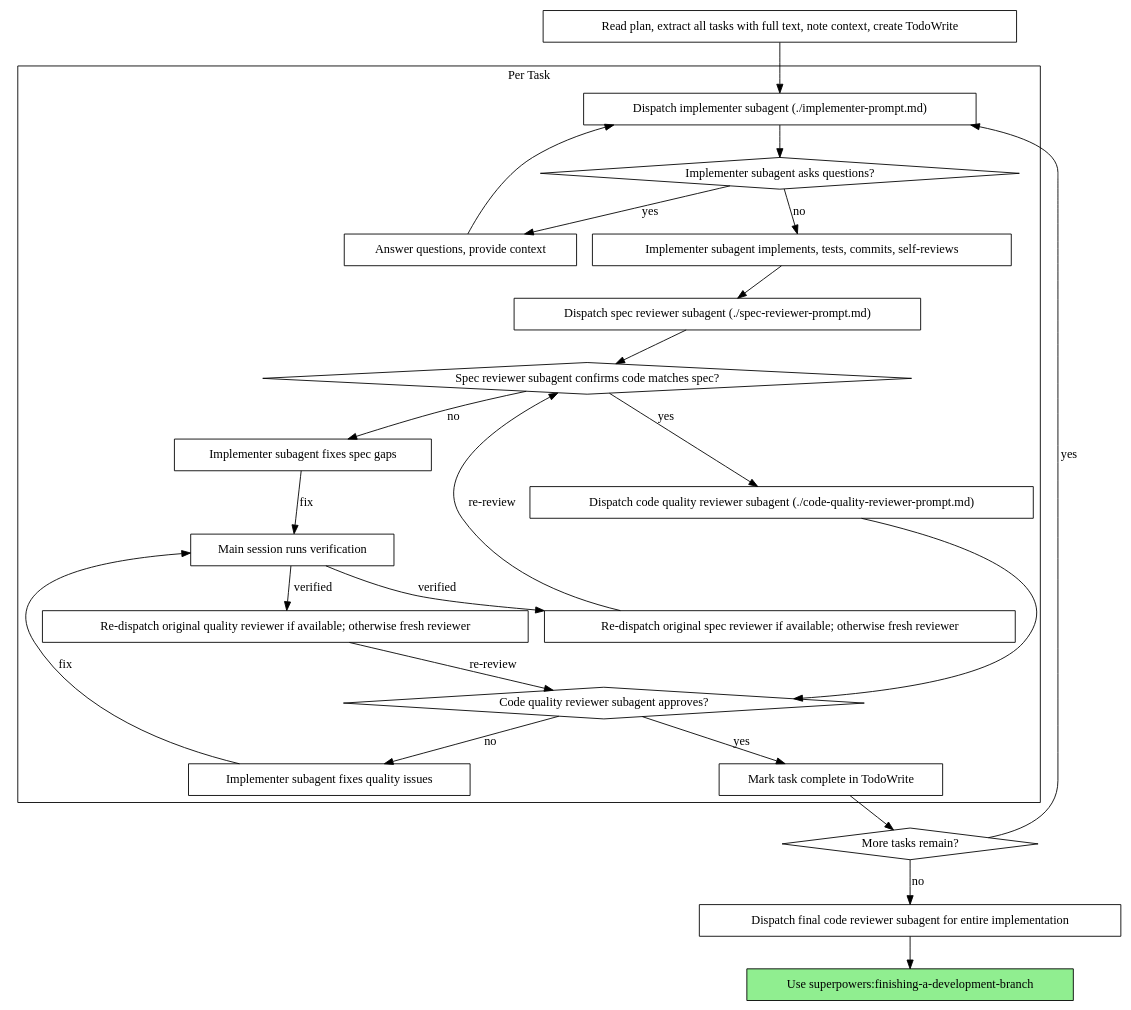
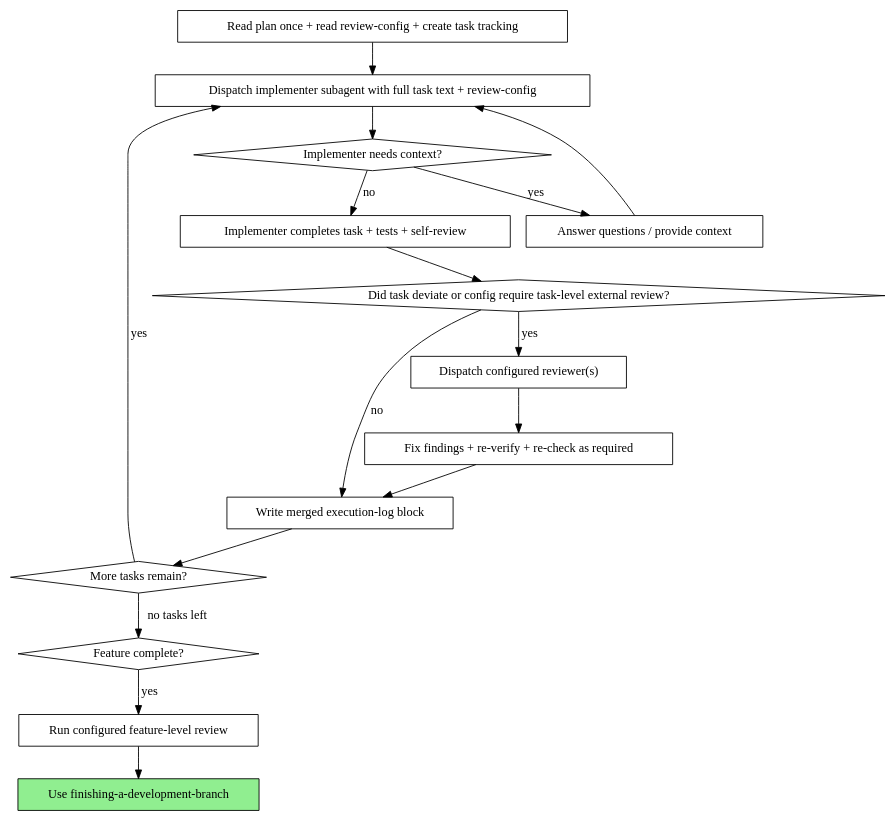
One commit to LZY-Ricardo/superpowers-enhanced changed the second of 2 diagrams in skills/subagent-driven-development/SKILL.md. Above: the diagram before and after it, drawn with Graphviz. The commit also changed other lines of this file and 27 other files, not shown here.

````diff
--- a/skills/subagent-driven-development/SKILL.md
+++ b/skills/subagent-driven-development/SKILL.md
@@ -48,51 +62,35 @@
 ```dot
 digraph process {
     rankdir=TB;
 
-    subgraph cluster_per_task {
-        label="Per Task";
-        "Dispatch implementer subagent (./implementer-prompt.md)" [shape=box];
-        "Implementer subagent asks questions?" [shape=diamond];
-        "Answer questions, provide context" [shape=box];
-        "Implementer subagent implements, tests, commits, self-reviews" [shape=box];
-        "Dispatch spec reviewer subagent (./spec-reviewer-prompt.md)" [shape=box];
-        "Spec reviewer subagent confirms code matches spec?" [shape=diamond];
-        "Implementer subagent fixes spec gaps" [shape=box];
-        "Main session runs verification" [shape=box];
-        "Re-dispatch original spec reviewer if available; otherwise fresh reviewer" [shape=box];
-        "Dispatch code quality reviewer subagent (./code-quality-reviewer-prompt.md)" [shape=box];
-        "Code quality reviewer subagent approves?" [shape=diamond];
-        "Implementer subagent fixes quality issues" [shape=box];
-        "Re-dispatch original quality reviewer if available; otherwise fresh reviewer" [shape=box];
-        "Mark task complete in TodoWrite" [shape=box];
-    }
+    "Read plan once + read review-config + create task tracking" [shape=box];
+    "More tasks remain?" [shape=diamond];
+    "Dispatch implementer subagent with full task text + review-config" [shape=box];
+    "Implementer needs context?" [shape=diamond];
+    "Answer questions / provide context" [shape=box];
+    "Implementer completes task + tests + self-review" [shape=box];
+    "Did task deviate or config require task-level external review?" [shape=diamond];
+    "Dispatch configured reviewer(s)" [shape=box];
+    "Fix findings + re-verify + re-check as required" [shape=box];
+    "Write merged execution-log block" [shape=box];
+    "Feature complete?" [shape=diamond];
+    "Run configured feature-level review" [shape=box];
+    "Use finishing-a-development-branch" [shape=box style=filled fillcolor=lightgreen];
 
-    "Read plan, extract all tasks with full text, note context, create TodoWrite" [shape=box];
-    "More tasks remain?" [shape=diamond];
-    "Dispatch final code reviewer subagent for entire implementation" [shape=box];
-    "Use superpowers:finishing-a-development-branch" [shape=box style=filled fillcolor=lightgreen];
-
-    "Read plan, extract all tasks with full text, note context, create TodoWrite" -> "Dispatch implementer subagent (./implementer-prompt.md)";
-    "Dispatch implementer subagent (./implementer-prompt.md)" -> "Implementer subagent asks questions?";
-    "Implementer subagent asks questions?" -> "Answer questions, provide context" [label="yes"];
-    "Answer questions, provide context" -> "Dispatch implementer subagent (./implementer-prompt.md)";
-    "Implementer subagent asks questions?" -> "Implementer subagent implements, tests, commits, self-reviews" [label="no"];
-    "Implementer subagent implements, tests, commits, self-reviews" -> "Dispatch spec reviewer subagent (./spec-reviewer-prompt.md)";
-    "Dispatch spec reviewer subagent (./spec-reviewer-prompt.md)" -> "Spec reviewer subagent confirms code matches spec?";
-    "Spec reviewer subagent confirms code matches spec?" -> "Implementer subagent fixes spec gaps" [label="no"];
-    "Implementer subagent fixes spec gaps" -> "Main session runs verification" [label="fix"];
-    "Main session runs verification" -> "Re-dispatch original spec reviewer if available; otherwise fresh reviewer" [label="verified"];
-    "Re-dispatch original spec reviewer if available; otherwise fresh reviewer" -> "Spec reviewer subagent confirms code matches spec?" [label="re-review"];
-    "Spec reviewer subagent confirms code matches spec?" -> "Dispatch code quality reviewer subagent (./code-quality-reviewer-prompt.md)" [label="yes"];
-    "Dispatch code quality reviewer subagent (./code-quality-reviewer-prompt.md)" -> "Code quality reviewer subagent approves?";
-    "Code quality reviewer subagent approves?" -> "Implementer subagent fixes quality issues" [label="no"];
-    "Implementer subagent fixes quality issues" -> "Main session runs verification" [label="fix"];
-    "Main session runs verification" -> "Re-dispatch original quality reviewer if available; otherwise fresh reviewer" [label="verified"];
-    "Re-dispatch original quality reviewer if available; otherwise fresh reviewer" -> "Code quality reviewer subagent approves?" [label="re-review"];
-    "Code quality reviewer subagent approves?" -> "Mark task complete in TodoWrite" [label="yes"];
-    "Mark task complete in TodoWrite" -> "More tasks remain?";
-    "More tasks remain?" -> "Dispatch implementer subagent (./implementer-prompt.md)" [label="yes"];
-    "More tasks remain?" -> "Dispatch final code reviewer subagent for entire implementation" [label="no"];
-    "Dispatch final code reviewer subagent for entire implementation" -> "Use superpowers:finishing-a-development-branch";
+    "Read plan once + read review-config + create task tracking" -> "Dispatch implementer subagent with full task text + review-config";
+    "Dispatch implementer subagent with full task text + review-config" -> "Implementer needs context?";
+    "Implementer needs context?" -> "Answer questions / provide context" [label="yes"];
+    "Answer questions / provide context" -> "Dispatch implementer subagent with full task text + review-config";
+    "Implementer needs context?" -> "Implementer completes task + tests + self-review" [label="no"];
+    "Implementer completes task + tests + self-review" -> "Did task deviate or config require task-level external review?";
+    "Did task deviate or config require task-level external review?" -> "Dispatch configured reviewer(s)" [label="yes"];
+    "Dispatch configured reviewer(s)" -> "Fix findings + re-verify + re-check as required";
+    "Fix findings + re-verify + re-check as required" -> "Write merged execution-log block";
+    "Did task deviate or config require task-level external review?" -> "Write merged execution-log block" [label="no"];
+    "Write merged execution-log block" -> "More tasks remain?";
+    "More tasks remain?" -> "Dispatch implementer subagent with full task text + review-config" [label="yes"];
+    "More tasks remain?" -> "Feature complete?" [label="no tasks left"];
+    "Feature complete?" -> "Run configured feature-level review" [label="yes"];
+    "Run configured feature-level review" -> "Use finishing-a-development-branch";
 }
 ```
````
